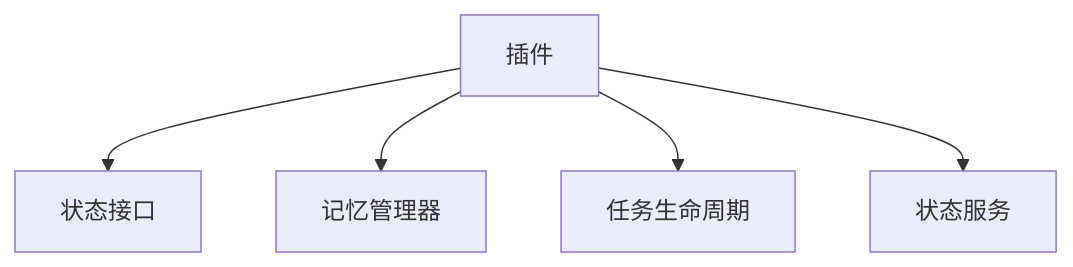
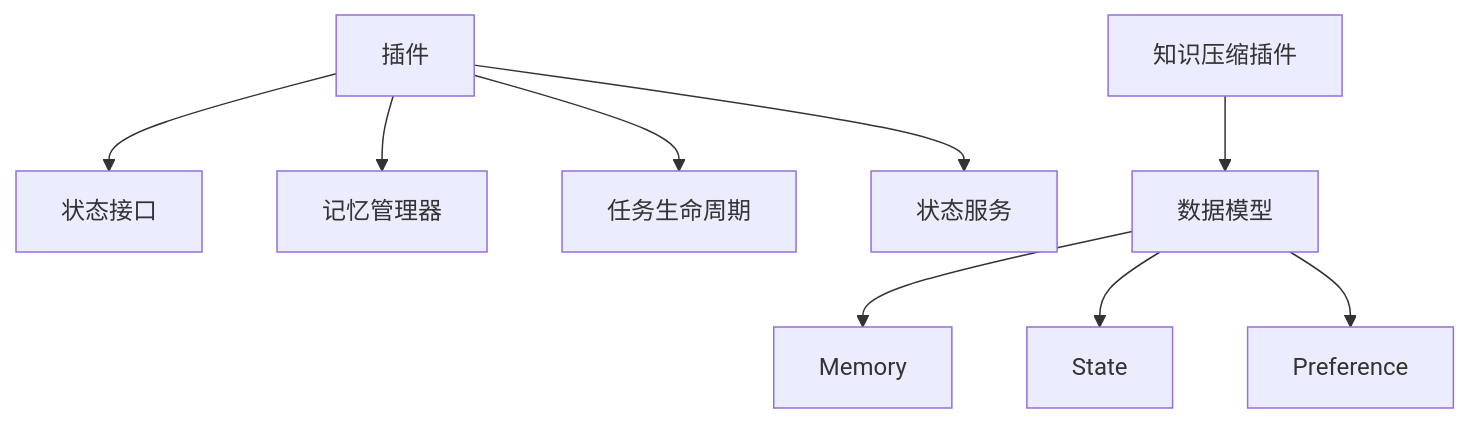
One commit to lgx236/CNAA-Cloud-Native-Agent-Architecture- changed the ninth of 9 diagrams in .qoder/repowiki/zh/content/开发指南/插件开发指南/插件生命周期管理.md. Above: the diagram before and after it, drawn with Mermaid. The commit also changed other lines of this file and 98 other files, not shown here.

Commit message:
feat: Add cloud-local distributed architecture configuration & deployment docs

````diff
--- a/.qoder/repowiki/zh/content/开发指南/插件开发指南/插件生命周期管理.md
+++ b/.qoder/repowiki/zh/content/开发指南/插件开发指南/插件生命周期管理.md
@@ -327,7 +389,11 @@
 ```mermaid
 graph TB
 Plugin["插件"] --> StateIF["状态接口"]
 Plugin --> MemMgr["记忆管理器"]
 Plugin --> TaskLC["任务生命周期"]
 Plugin --> StateSvc["状态服务"]
+KnowledgePlugin["知识压缩插件"] --> Models["数据模型"]
+Models --> Memory["Memory"]
+Models --> State["State"]
+Models --> Preference["Preference"]
 ```
````
